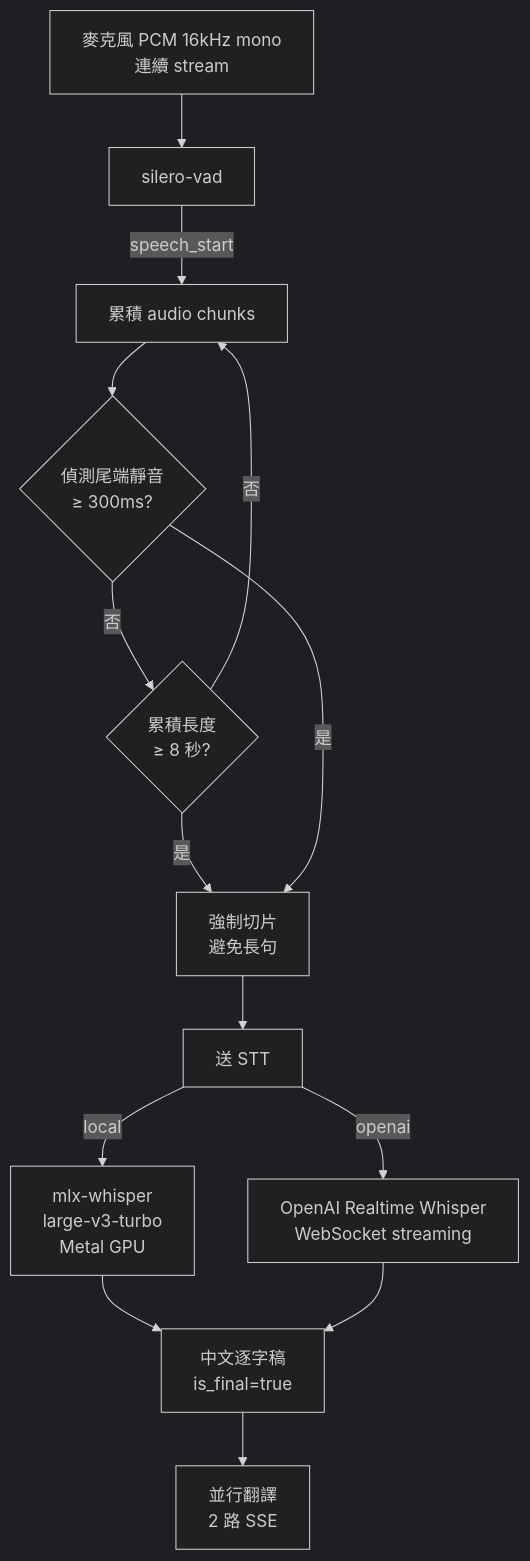
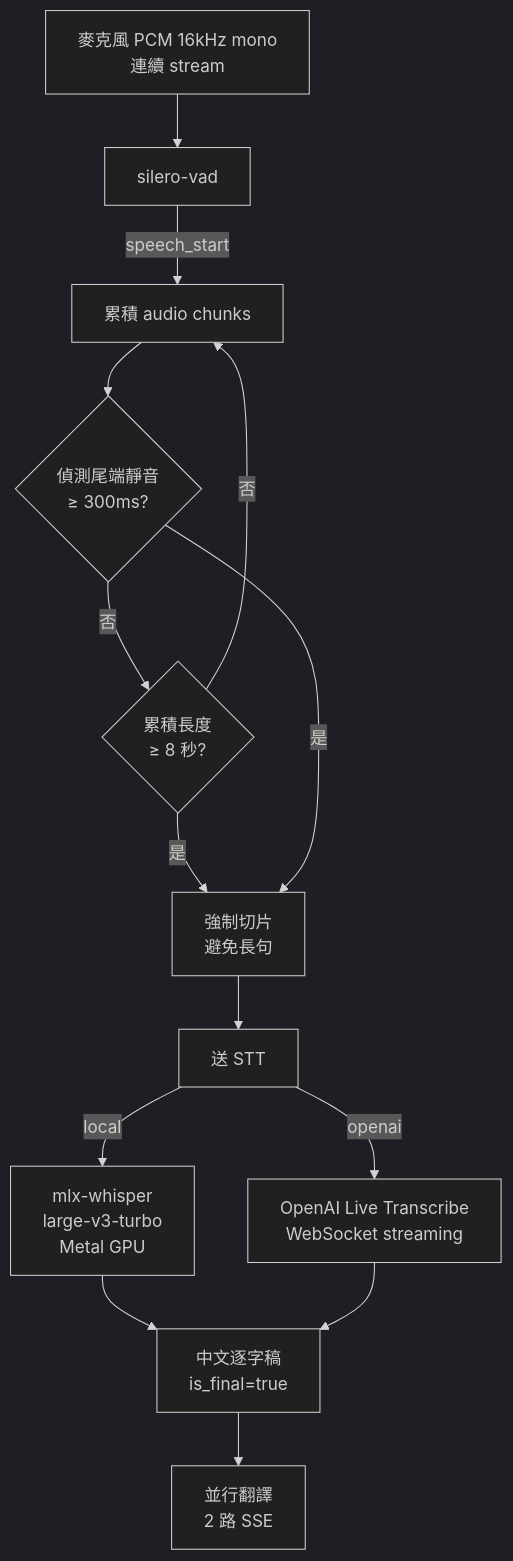
The third of 6 diagrams in docs/ARCHITECTURE.md (yeevclaw/MeetingCast), drawn with Mermaid (dark theme) before and after one commit. The commit also changed other lines of this file and 13 other files, not shown here.

First line of the commit message:
feat(stt): migrate openai cloud backend to gpt-live-transcribe

````diff
--- a/docs/ARCHITECTURE.md
+++ b/docs/ARCHITECTURE.md
@@ -102,16 +102,16 @@
 ```mermaid
 flowchart TD
     A[麥克風 PCM 16kHz mono<br/>連續 stream] --> B[silero-vad]
     B -->|"speech_start"| C[累積 audio chunks]
     C --> D{偵測尾端靜音<br/>≥ 300ms?}
     D -->|否| E{累積長度<br/>≥ 8 秒?}
     E -->|否| C
     E -->|是| F[強制切片<br/>避免長句]
     D -->|是| F
     F --> G[送 STT]
     G -->|local| H[mlx-whisper<br/>large-v3-turbo<br/>Metal GPU]
-    G -->|openai| I[OpenAI Realtime Whisper<br/>WebSocket streaming]
+    G -->|openai| I[OpenAI Live Transcribe<br/>WebSocket streaming]
     H --> J[中文逐字稿<br/>is_final=true]
     I --> J
     J --> K[並行翻譯<br/>2 路 SSE]
 ```
````
